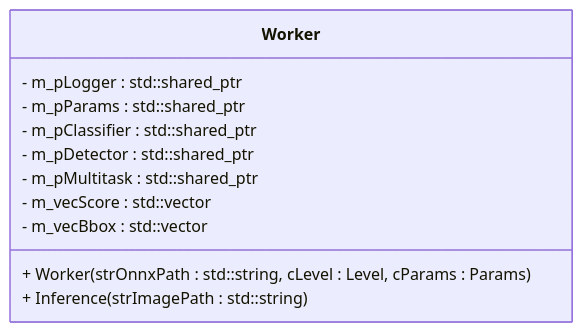
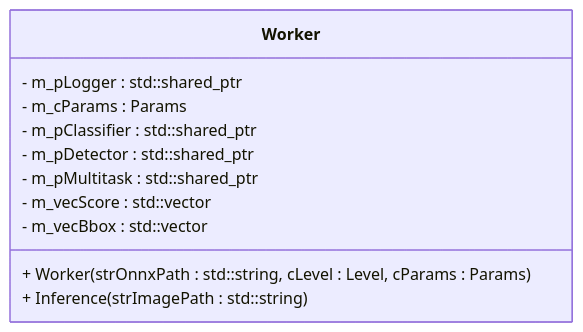
One commit to Chang-Chiang/InferDeploy changed the fifth of 11 diagrams in README.md. Above: the diagram before and after it, drawn with Mermaid. The commit also changed other lines of this file and 21 other files, not shown here.

````diff
--- a/README.md
+++ b/README.md
@@ -141,15 +141,15 @@
 ```mermaid
 classDiagram
 class Worker {
     - m_pLogger : std::shared_ptr<Logger>
-    - m_pParams : std::shared_ptr<Params>
+    - m_cParams : Params
     - m_pClassifier : std::shared_ptr<Classifier>
     - m_pDetector : std::shared_ptr<Detector>
     - m_pMultitask : std::shared_ptr<Multitask>
     - m_vecScore : std::vector<float>
     - m_vecBbox : std::vector<Bbox>
 
     + Worker(strOnnxPath : std::string, cLevel : Level, cParams : Params)
     + Inference(strImagePath : std::string)
 }
 ```
````
